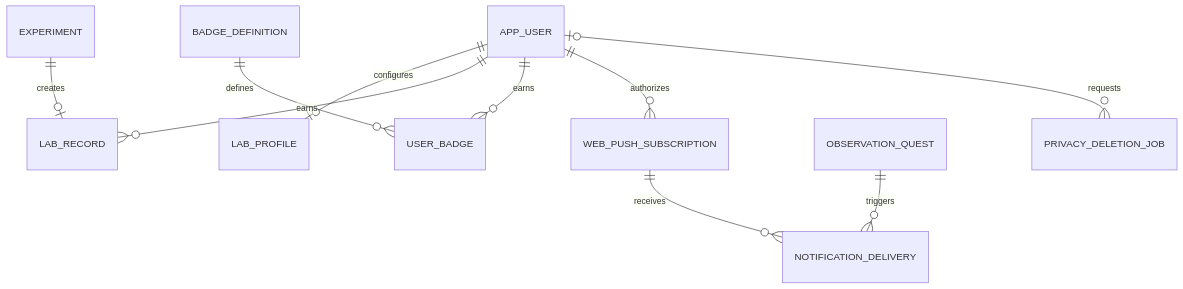
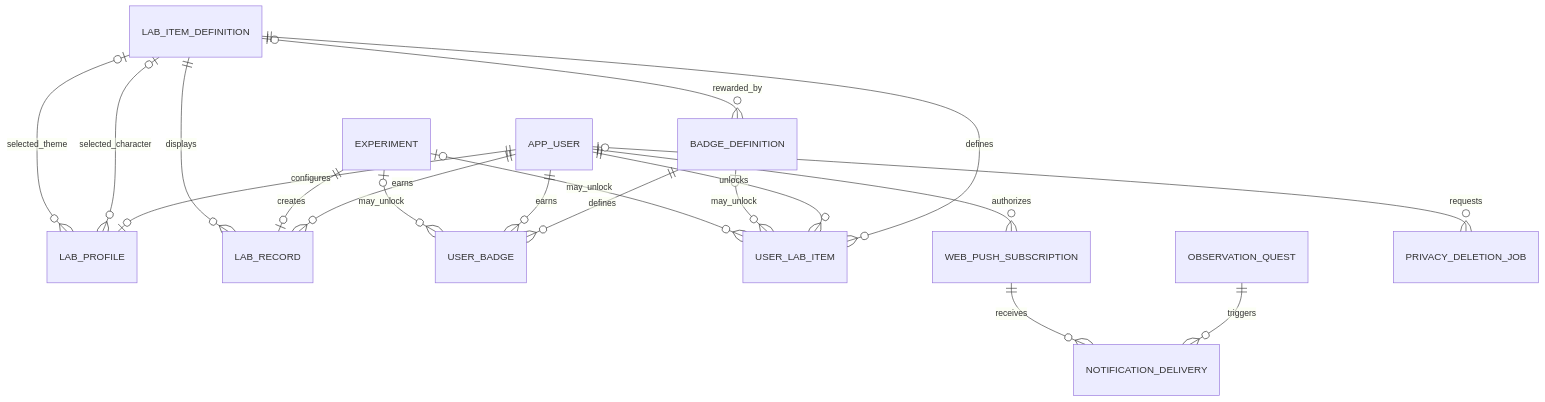
One commit to Sehoon-Jeong/app changed the third of 3 diagrams in docs/06-data-model/README.md. Above: the diagram before and after it, drawn with Mermaid. The commit also changed other lines of this file and 23 other files, not shown here.

````diff
--- a/docs/06-data-model/README.md
+++ b/docs/06-data-model/README.md
@@ -89,14 +124,23 @@
 ```mermaid
 erDiagram
     APP_USER ||--o| LAB_PROFILE : configures
     APP_USER ||--o{ LAB_RECORD : earns
     EXPERIMENT ||--o| LAB_RECORD : creates
     BADGE_DEFINITION ||--o{ USER_BADGE : defines
     APP_USER ||--o{ USER_BADGE : earns
+    EXPERIMENT o|--o{ USER_BADGE : may_unlock
+    LAB_ITEM_DEFINITION o|--o{ BADGE_DEFINITION : rewarded_by
+    LAB_ITEM_DEFINITION ||--o{ USER_LAB_ITEM : defines
+    APP_USER ||--o{ USER_LAB_ITEM : unlocks
+    BADGE_DEFINITION o|--o{ USER_LAB_ITEM : may_unlock
+    EXPERIMENT o|--o{ USER_LAB_ITEM : may_unlock
+    LAB_ITEM_DEFINITION o|--o{ LAB_PROFILE : selected_character
+    LAB_ITEM_DEFINITION o|--o{ LAB_PROFILE : selected_theme
+    LAB_ITEM_DEFINITION ||--o{ LAB_RECORD : displays
 
     APP_USER ||--o{ WEB_PUSH_SUBSCRIPTION : authorizes
     OBSERVATION_QUEST ||--o{ NOTIFICATION_DELIVERY : triggers
     WEB_PUSH_SUBSCRIPTION ||--o{ NOTIFICATION_DELIVERY : receives
 
     APP_USER o|--o{ PRIVACY_DELETION_JOB : requests
 ```
````
